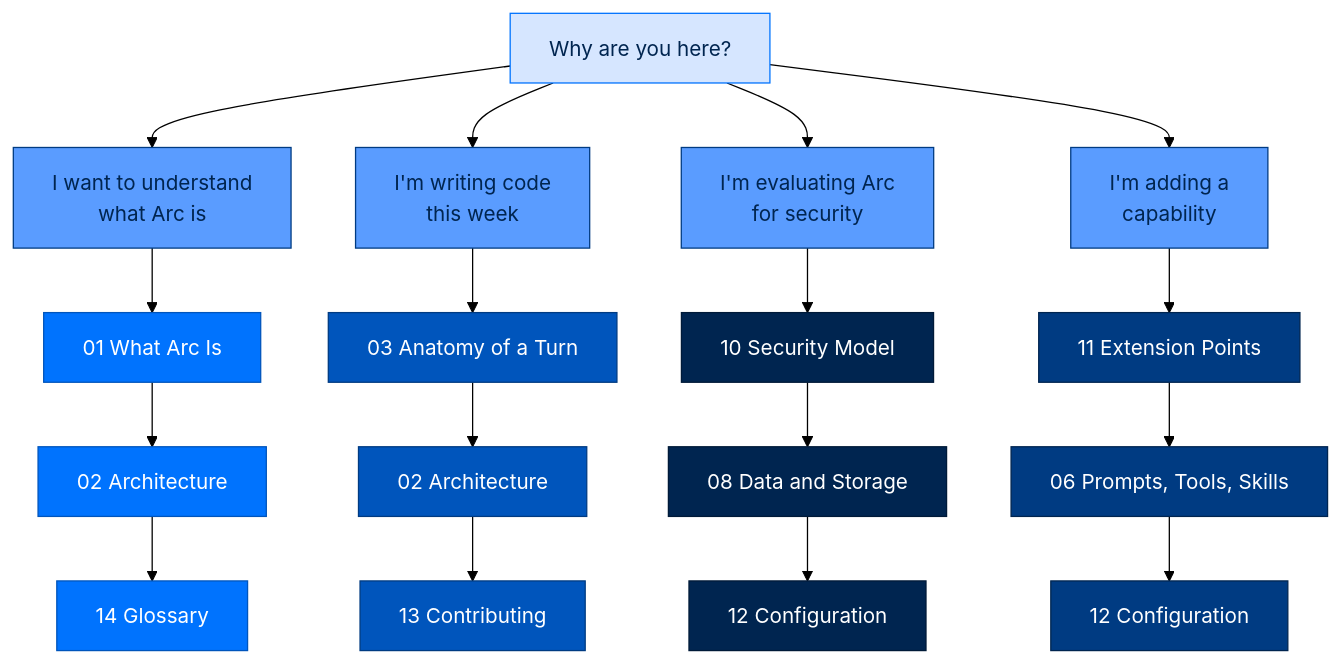
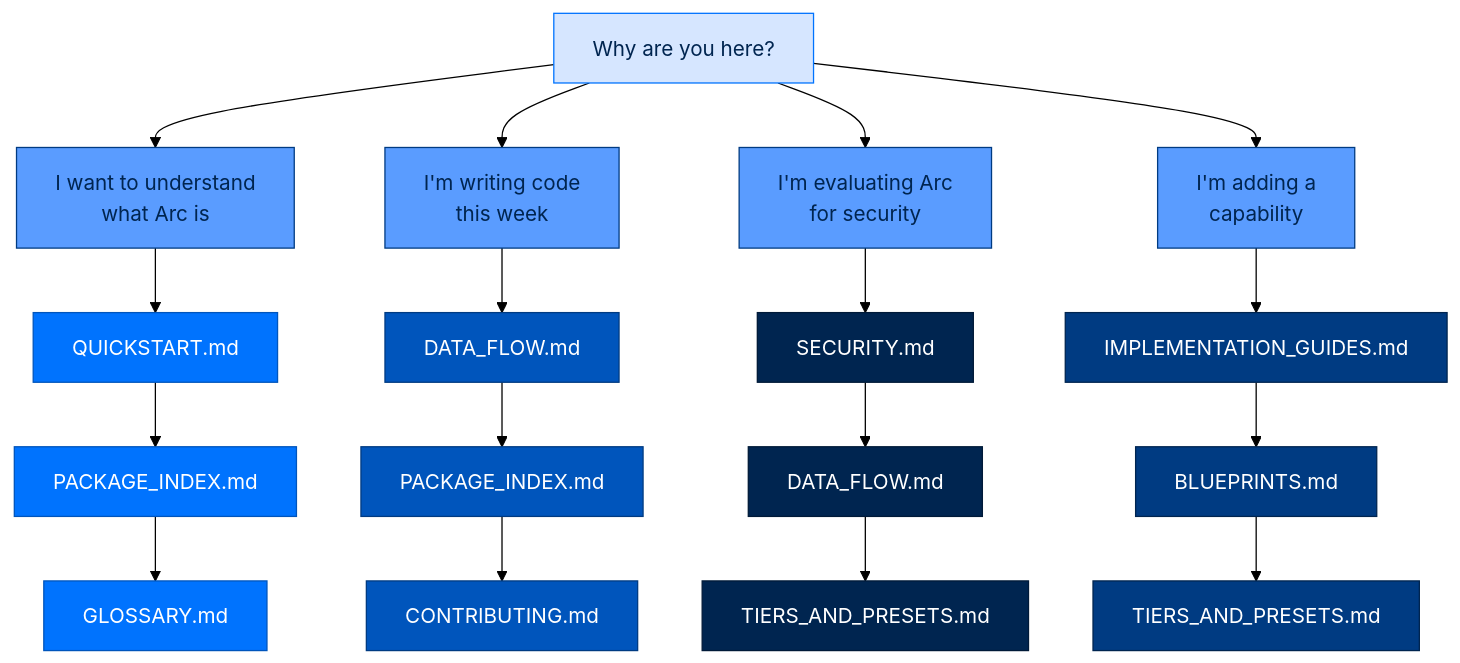
One commit to joshuamschultz/Arc changed diagram 12 of 12 in docs/DIAGRAMS.md. Above: the diagram before and after it, drawn with Mermaid (forest theme). The commit also changed other lines of this file and 31 other files, not shown here.

````diff
--- a/docs/DIAGRAMS.md
+++ b/docs/DIAGRAMS.md
@@ -308,28 +308,28 @@
 ```mermaid
 flowchart TB
     classDef entry   fill:#D6E6FF,stroke:#0073FE,color:#002550
     classDef surface fill:#5A9CFF,stroke:#003B82,color:#002550
     classDef agent   fill:#0073FE,stroke:#0055BC,color:#FFFFFF
     classDef runtime fill:#0055BC,stroke:#003B82,color:#FFFFFF
     classDef llm     fill:#003B82,stroke:#002550,color:#FFFFFF
     classDef found   fill:#002550,stroke:#001A38,color:#FFFFFF
 
     START["Why are you here?"]
 
     START --> A["I want to understand<br/>what Arc is"]
     START --> B["I'm writing code<br/>this week"]
     START --> C["I'm evaluating Arc<br/>for security"]
     START --> D["I'm adding a<br/>capability"]
 
-    A --> A1["01 What Arc Is"] --> A2["02 Architecture"] --> A3["14 Glossary"]
-    B --> B1["03 Anatomy of a Turn"] --> B2["02 Architecture"] --> B3["13 Contributing"]
-    C --> C1["10 Security Model"] --> C2["08 Data and Storage"] --> C3["12 Configuration"]
-    D --> D1["11 Extension Points"] --> D2["06 Prompts, Tools, Skills"] --> D3["12 Configuration"]
+    A --> A1["QUICKSTART.md"] --> A2["PACKAGE_INDEX.md"] --> A3["GLOSSARY.md"]
+    B --> B1["DATA_FLOW.md"] --> B2["PACKAGE_INDEX.md"] --> B3["CONTRIBUTING.md"]
+    C --> C1["SECURITY.md"] --> C2["DATA_FLOW.md"] --> C3["TIERS_AND_PRESETS.md"]
+    D --> D1["IMPLEMENTATION_GUIDES.md"] --> D2["BLUEPRINTS.md"] --> D3["TIERS_AND_PRESETS.md"]
 
     class START entry
     class A,B,C,D surface
     class A1,A2,A3 agent
     class B1,B2,B3 runtime
     class C1,C2,C3 found
     class D1,D2,D3 llm
 ```
````
